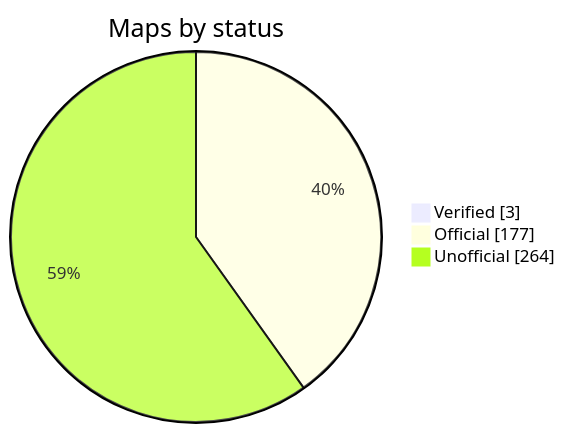
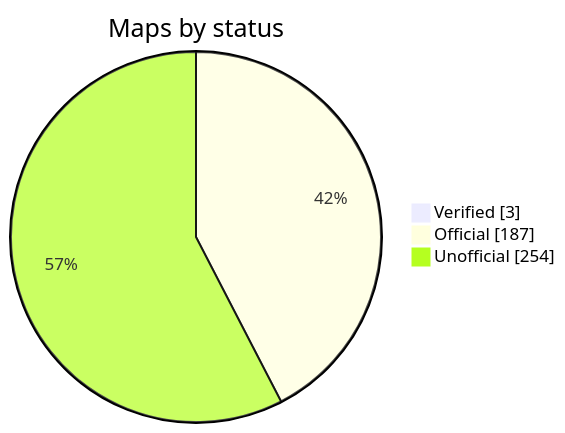
The diagram in README.md (nobrega8/mbmap-library), drawn with Mermaid before and after one commit. The commit also changed 1 other file, not shown here.

Commit message:
Rebuild the index

````diff
--- a/README.md
+++ b/README.md
@@ -48,7 +48,7 @@
 ```mermaid
 pie showData
     title Maps by status
     "Verified" : 3
-    "Official" : 177
-    "Unofficial" : 264
+    "Official" : 187
+    "Unofficial" : 254
 ```
````
